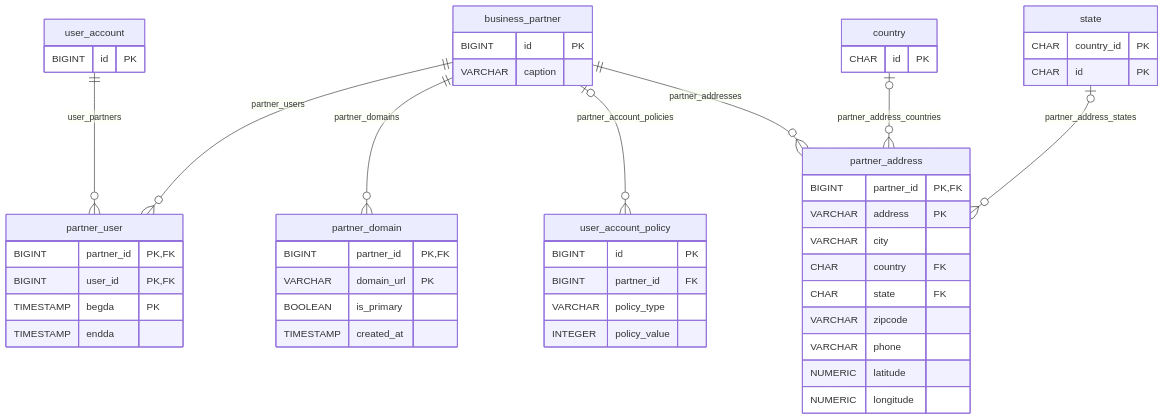
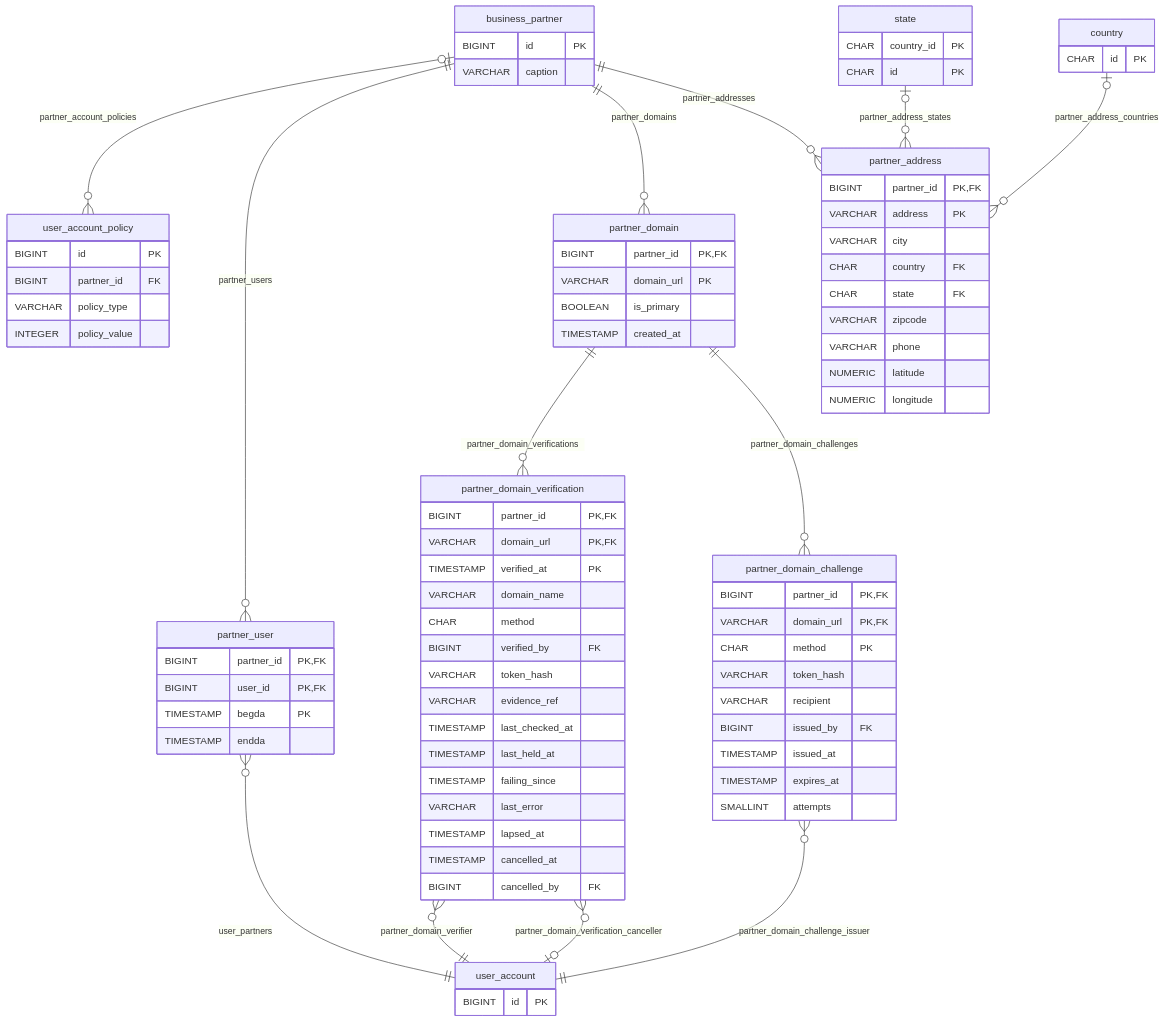
The tenth of 22 diagrams in DB.md (nauticana/keel), drawn with Mermaid before and after one commit. The commit also changed other lines of this file and 103 other files, not shown here.

````diff
--- a/DB.md
+++ b/DB.md
@@ -636,12 +662,17 @@
 ```mermaid
 erDiagram
+    business_partner o|--o{ user_account_policy : "partner_account_policies"
     business_partner ||--o{ partner_user : "partner_users"
     business_partner ||--o{ partner_domain : "partner_domains"
-    business_partner o|--o{ user_account_policy : "partner_account_policies"
     business_partner ||--o{ partner_address : "partner_addresses"
-    user_account ||--o{ partner_user : "user_partners"
+    partner_domain ||--o{ partner_domain_verification : "partner_domain_verifications"
+    partner_domain ||--o{ partner_domain_challenge : "partner_domain_challenges"
+    partner_user }o--|| user_account : "user_partners"
+    partner_domain_verification }o--|| user_account : "partner_domain_verifier"
+    partner_domain_verification }o--|o user_account : "partner_domain_verification_canceller"
+    partner_domain_challenge }o--|| user_account : "partner_domain_challenge_issuer"
+    state o|--o{ partner_address : "partner_address_states"
     country o|--o{ partner_address : "partner_address_countries"
-    state o|--o{ partner_address : "partner_address_states"
 
     business_partner {
         BIGINT id PK
@@ -676,6 +707,34 @@
         BOOLEAN is_primary
         TIMESTAMP created_at
     }
+    partner_domain_verification {
+        BIGINT partner_id PK,FK
+        VARCHAR domain_url PK,FK
+        TIMESTAMP verified_at PK
+        VARCHAR domain_name
+        CHAR method
+        BIGINT verified_by FK
+        VARCHAR token_hash
+        VARCHAR evidence_ref
+        TIMESTAMP last_checked_at
+        TIMESTAMP last_held_at
+        TIMESTAMP failing_since
+        VARCHAR last_error
+        TIMESTAMP lapsed_at
+        TIMESTAMP cancelled_at
+        BIGINT cancelled_by FK
+    }
+    partner_domain_challenge {
+        BIGINT partner_id PK,FK
+        VARCHAR domain_url PK,FK
+        CHAR method PK
+        VARCHAR token_hash
+        VARCHAR recipient
+        BIGINT issued_by FK
+        TIMESTAMP issued_at
+        TIMESTAMP expires_at
+        SMALLINT attempts
+    }
     user_account {
         BIGINT id PK
     }
````
